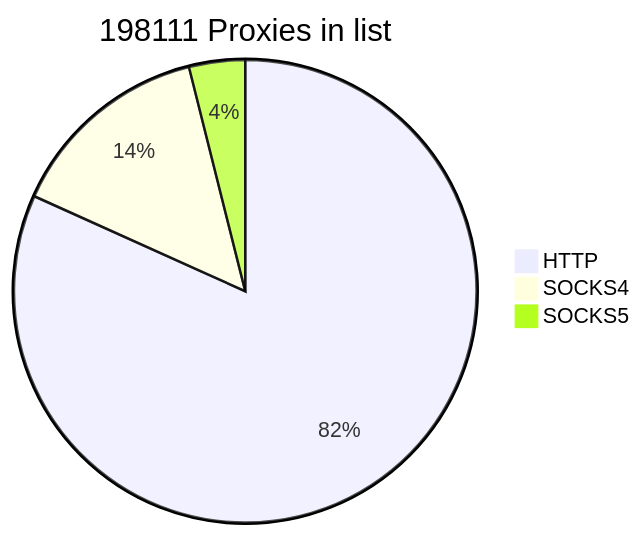
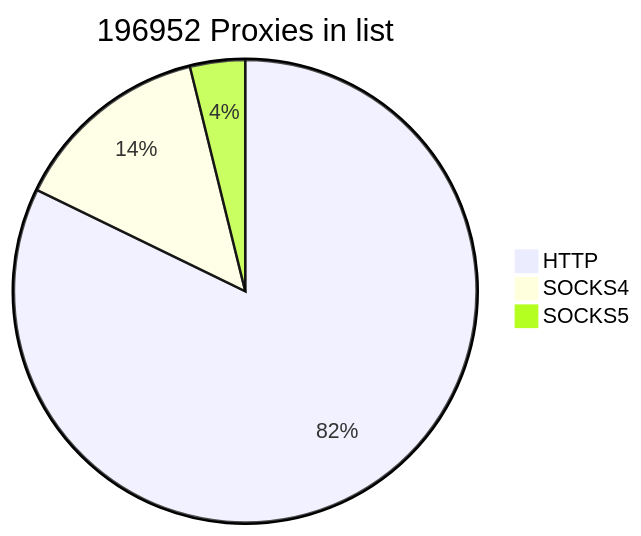
The first of 2 diagrams in README.md (cutipu/proxylist), drawn with Mermaid before and after one commit. The commit also changed other lines of this file, not shown here.

````diff
--- a/README.md
+++ b/README.md
@@ -2,7 +2,7 @@
 ```mermaid
-pie title 198111 Proxies in list
-    "HTTP" : 161930
-    "SOCKS4" : 28426
-    "SOCKS5" : 7755
+pie title 196952 Proxies in list
+    "HTTP" : 161903
+    "SOCKS4" : 27477
+    "SOCKS5" : 7572
             
 ```
````
